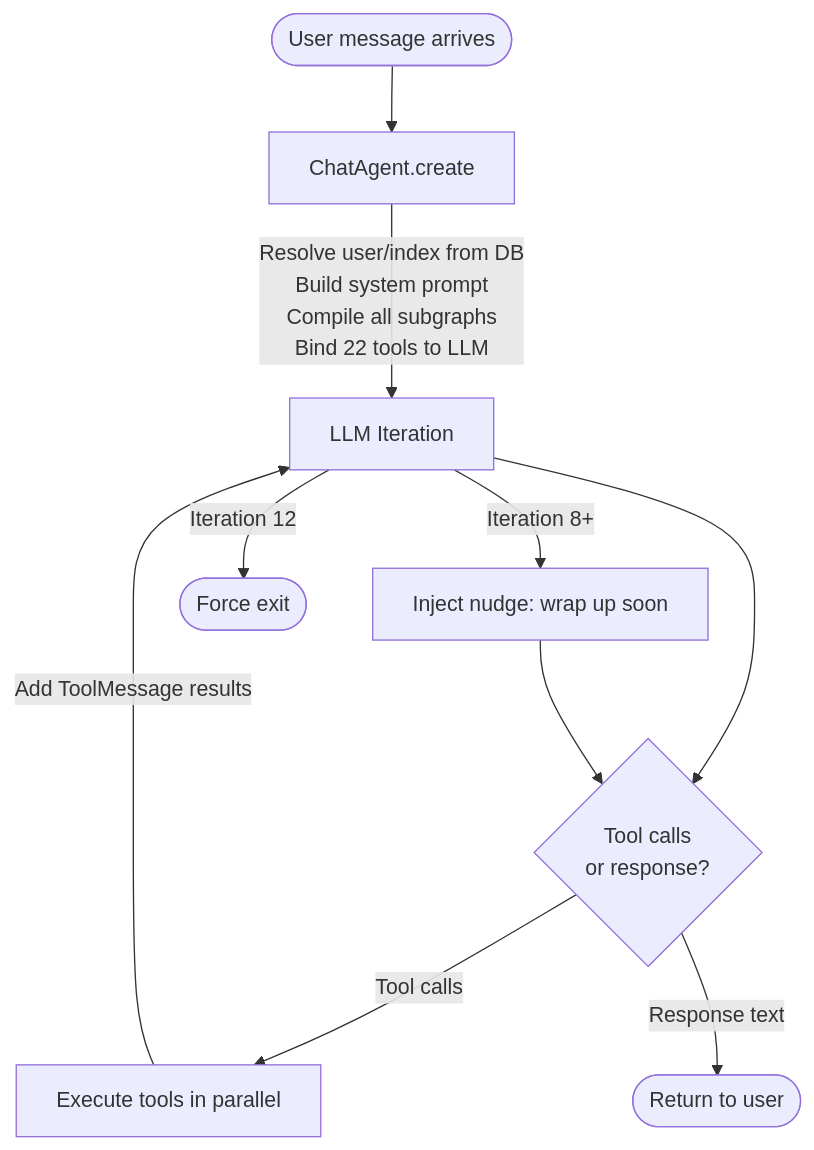
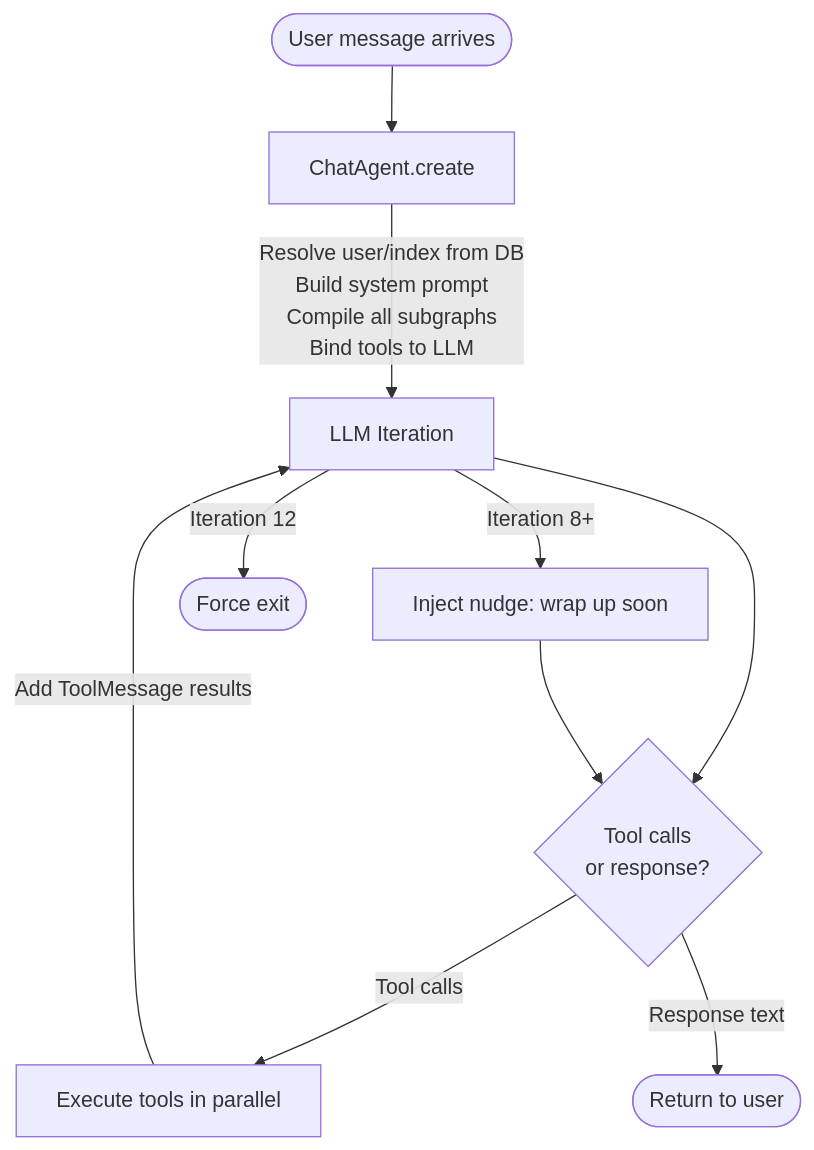
Before and after one commit to yanekyuk/index: the second of 5 diagrams in packages/protocol/src/README.md, drawn with Mermaid. The commit also changed other lines of this file, not shown here.

````diff
--- a/packages/protocol/src/README.md
+++ b/packages/protocol/src/README.md
@@ -110,14 +157,14 @@
 ```mermaid
 flowchart TD
     Start([User message arrives]) --> Init[ChatAgent.create]
-    Init --> |"Resolve user/index from DB\nBuild system prompt\nCompile all subgraphs\nBind 22 tools to LLM"| Loop
+    Init --> |"Resolve user/index from DB\nBuild system prompt\nCompile all subgraphs\nBind tools to LLM"| Loop
 
     Loop[LLM Iteration] --> Decision{Tool calls\nor response?}
     Decision --> |Tool calls| Execute[Execute tools in parallel]
     Execute --> |Add ToolMessage results| Loop
     Decision --> |Response text| Done([Return to user])
 
     Loop --> |Iteration 8+| Nudge[Inject nudge: wrap up soon]
     Nudge --> Decision
     Loop --> |Iteration 12| ForceExit([Force exit])
 ```
````
